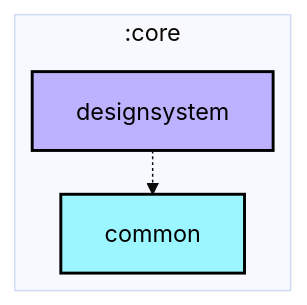
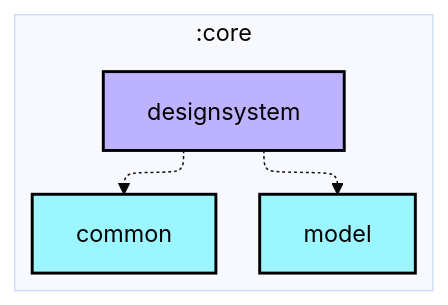
One commit to infinitezerone/MiniBgm changed the first of 2 diagrams in core/designsystem/README.md. Above: the diagram before and after it, drawn with Mermaid (base theme). The commit also changed 15 other files, not shown here.

````diff
--- a/core/designsystem/README.md
+++ b/core/designsystem/README.md
@@ -18,22 +18,24 @@
 ```mermaid
 ---
 config:
   layout: elk
   elk:
     nodePlacementStrategy: SIMPLE
 ---
 graph TB
   subgraph :core
     direction TB
     :core:common[common]:::kmp-library
     :core:designsystem[designsystem]:::android-library
+    :core:model[model]:::kmp-library
   end
 
   :core:designsystem -.-> :core:common
+  :core:designsystem -.-> :core:model
 
 classDef android-application fill:#CAFFBF,stroke:#000,stroke-width:2px,color:#000;
 classDef android-feature fill:#FFD6A5,stroke:#000,stroke-width:2px,color:#000;
 classDef kmp-library fill:#9BF6FF,stroke:#000,stroke-width:2px,color:#000;
 classDef android-library fill:#BDB2FF,stroke:#000,stroke-width:2px,color:#000;
 classDef unknown fill:#FFADAD,stroke:#000,stroke-width:2px,color:#000;
 ```
````
